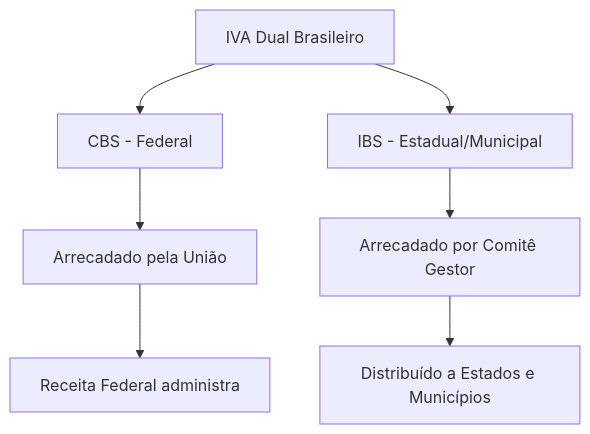
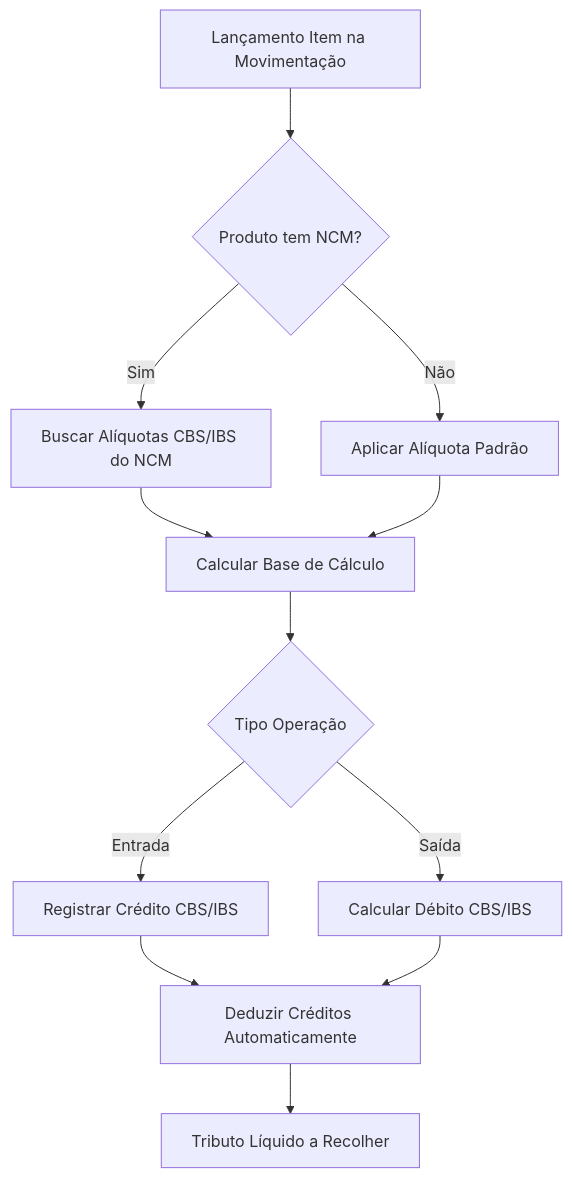
One commit to hetosoft/documentacao-solnet changed the diagram in Financeiro/Documentacao Reforma Tributaria.md. Above: the diagram before and after it, drawn with Mermaid. The commit also changed other lines of this file, not shown here.

````diff
--- a/Financeiro/Documentacao Reforma Tributaria.md
+++ b/Financeiro/Documentacao Reforma Tributaria.md
@@ -93,9 +138,14 @@
 ```mermaid
 graph TD
-    A[IVA Dual Brasileiro] --> B[CBS - Federal]
-    A --> C[IBS - Estadual/Municipal]
-    B --> D[Arrecadado pela União]
-    C --> E[Arrecadado por Comitê Gestor]
-    D --> F[Receita Federal administra]
-    E --> G[Distribuído a Estados e Municípios]
+    A[Lançamento Item na Movimentação] --> B{Produto tem NCM?}
+    B -->|Sim| C[Buscar Alíquotas CBS/IBS do NCM]
+    B -->|Não| D[Aplicar Alíquota Padrão]
+    C --> E[Calcular Base de Cálculo]
+    D --> E
+    E --> F{Tipo Operação}
+    F -->|Entrada| G[Registrar Crédito CBS/IBS]
+    F -->|Saída| H[Calcular Débito CBS/IBS]
+    G --> I[Deduzir Créditos Automaticamente]
+    H --> I
+    I --> J[Tributo Líquido a Recolher]
 ```
````
